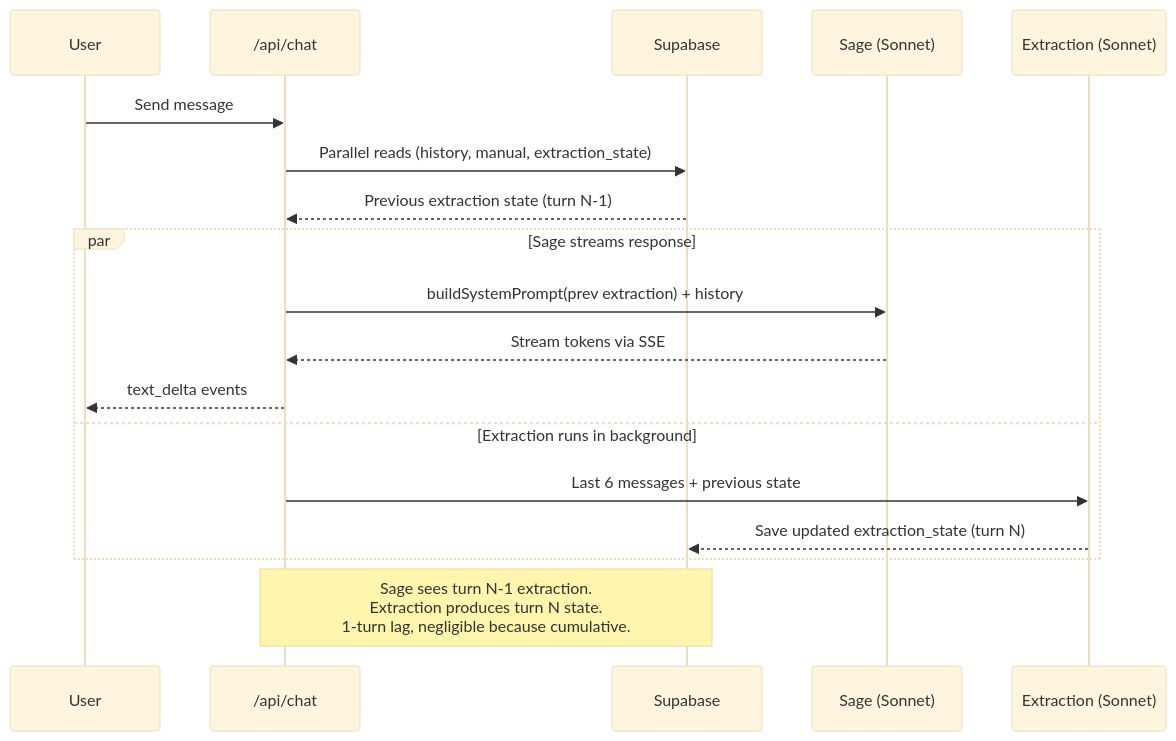
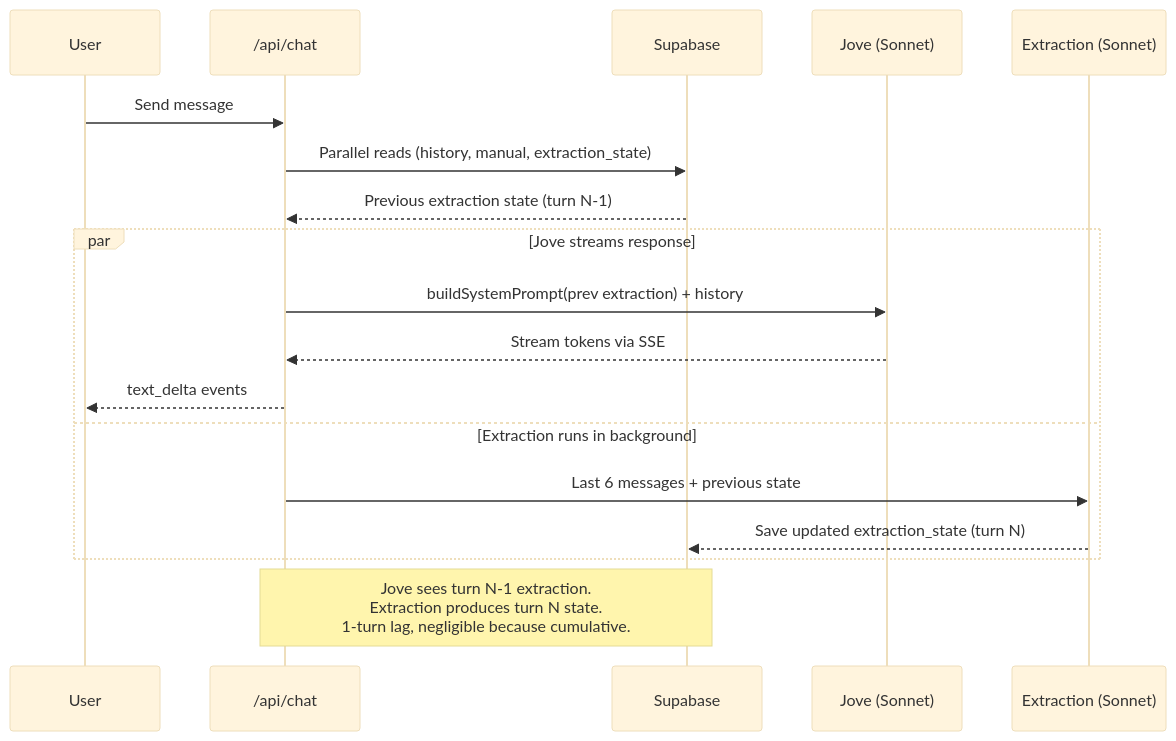
The first of 3 diagrams in .claude/diagrams/extraction-pipeline.md (h2onation/mantle), drawn with Mermaid (base theme) before and after one commit. The commit also changed other lines of this file and 16 other files, not shown here.

````diff
--- a/.claude/diagrams/extraction-pipeline.md
+++ b/.claude/diagrams/extraction-pipeline.md
@@ -7,23 +7,23 @@
 ```mermaid
 sequenceDiagram
     participant User
     participant API as /api/chat
     participant DB as Supabase
-    participant Sage as Sage (Sonnet)
+    participant Jove as Jove (Sonnet)
     participant Ext as Extraction (Sonnet)
 
     User->>API: Send message
     API->>DB: Parallel reads (history, manual, extraction_state)
     DB-->>API: Previous extraction state (turn N-1)
 
-    par Sage streams response
-        API->>Sage: buildSystemPrompt(prev extraction) + history
-        Sage-->>API: Stream tokens via SSE
+    par Jove streams response
+        API->>Jove: buildSystemPrompt(prev extraction) + history
+        Jove-->>API: Stream tokens via SSE
         API-->>User: text_delta events
     and Extraction runs in background
         API->>Ext: Last 6 messages + previous state
         Ext-->>DB: Save updated extraction_state (turn N)
     end
 
-    Note over API,DB: Sage sees turn N-1 extraction.<br/>Extraction produces turn N state.<br/>1-turn lag, negligible because cumulative.
+    Note over API,DB: Jove sees turn N-1 extraction.<br/>Extraction produces turn N state.<br/>1-turn lag, negligible because cumulative.
 ```
````
